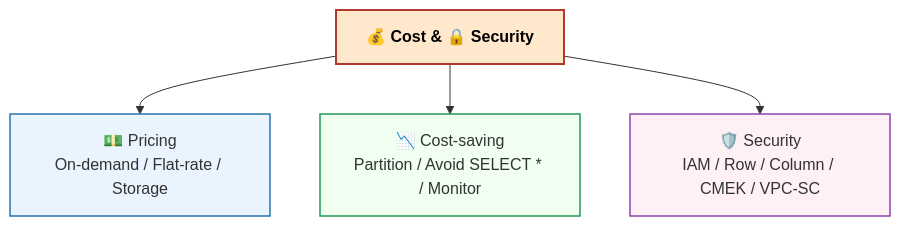
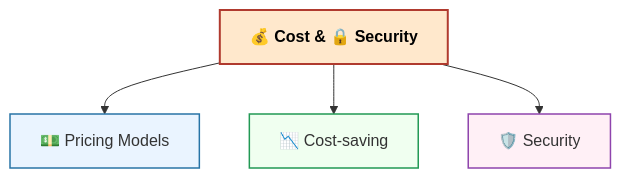
Before and after one commit to blaire101/DE2-AWS-Azure-GCP-2025: the fifth of 8 diagrams in GCP-interview.md, drawn with Mermaid. The commit also changed other lines of this file, not shown here.

````diff
--- a/GCP-interview.md
+++ b/GCP-interview.md
@@ -239,21 +174,15 @@
 ```mermaid
 flowchart TB
-    %% ===== Styles =====
     classDef main fill:#ffe8cc,stroke:#b03a2e,stroke-width:2px,font-weight:bold,color:#000
     classDef pricing fill:#eaf4ff,stroke:#2874a6,stroke-width:1.5px
     classDef saving fill:#f0fff0,stroke:#229954,stroke-width:1.5px
     classDef security fill:#fff0f6,stroke:#8e44ad,stroke-width:1.5px
 
-    %% ===== Main Node =====
     A[💰 Cost & 🔒 Security]:::main
-
-    %% ===== Sub Nodes =====
-    B[💵 Pricing<br>On-demand / Flat-rate / Storage]:::pricing
-    C[📉 Cost-saving<br>Partition / Avoid SELECT * / Monitor]:::saving
-    D[🛡️ Security<br>IAM / Row / Column / CMEK / VPC-SC]:::security
-
-    %% ===== Layout =====
+    B[💵 Pricing Models]:::pricing
+    C[📉 Cost-saving]:::saving
+    D[🛡️ Security]:::security
     A --> B
     A --> C
     A --> D
 ```
````
